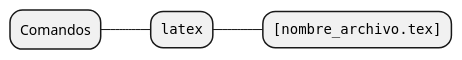
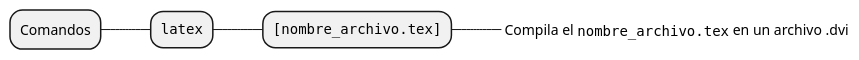
Before and after one commit to paco-ruvalcaba/holatex: the diagram in comandos_basicos.puml, drawn with PlantUML. The commit also changed 2 other files, not shown here.

Commit message:
Diagrama de comando básicos

```diff
--- a/comandos_basicos.puml
+++ b/comandos_basicos.puml
@@ -1,5 +1,6 @@
 @startmindmap
 * Comandos
 ** ""latex""
 *** ""[nombre_archivo.tex]""
+****_ Compila el ""nombre_archivo.tex"" en un archivo .dvi
 @endmindmap
```
